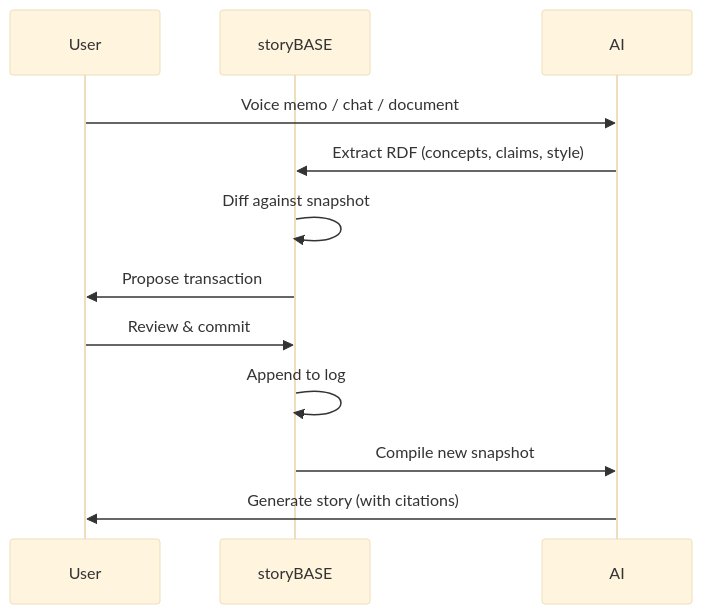
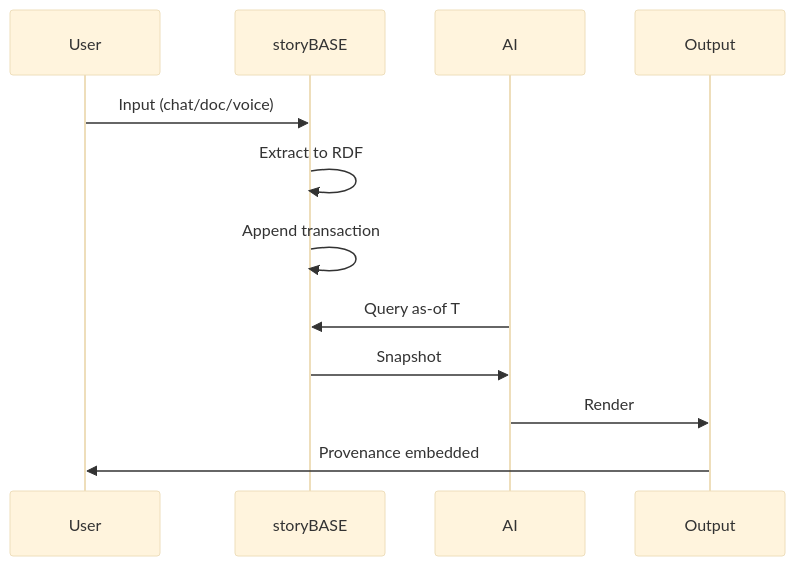
One commit to Synthetic-Identity-Co/conj-talk-2025 changed the second of 8 diagrams in presenter.md. Above: the diagram before and after it, drawn with Mermaid (base theme). The commit also changed other lines of this file, not shown here.

Commit message:
story:  b793a260b99de721794ccccd12d5cf66e0ccb543

````diff
--- a/presenter.md
+++ b/presenter.md
@@ -65,15 +101,15 @@
 ```mermaid
 sequenceDiagram
     participant User
     participant storyBASE
     participant AI
+    participant Output
     
-    User->>AI: Voice memo / chat / document
-    AI->>storyBASE: Extract RDF (concepts, claims, style)
-    storyBASE->>storyBASE: Diff against snapshot
-    storyBASE->>User: Propose transaction
-    User->>storyBASE: Review & commit
-    storyBASE->>storyBASE: Append to log
-    storyBASE->>AI: Compile new snapshot
-    AI->>User: Generate story (with citations)
+    User->>storyBASE: Input (chat/doc/voice)
+    storyBASE->>storyBASE: Extract to RDF
+    storyBASE->>storyBASE: Append transaction
+    AI->>storyBASE: Query as-of T
+    storyBASE->>AI: Snapshot
+    AI->>Output: Render
+    Output->>User: Provenance embedded
 ```
````
